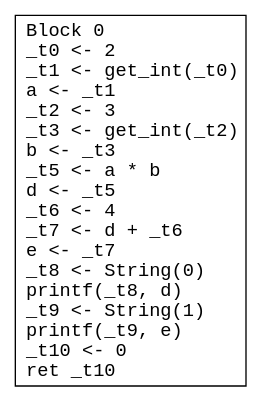
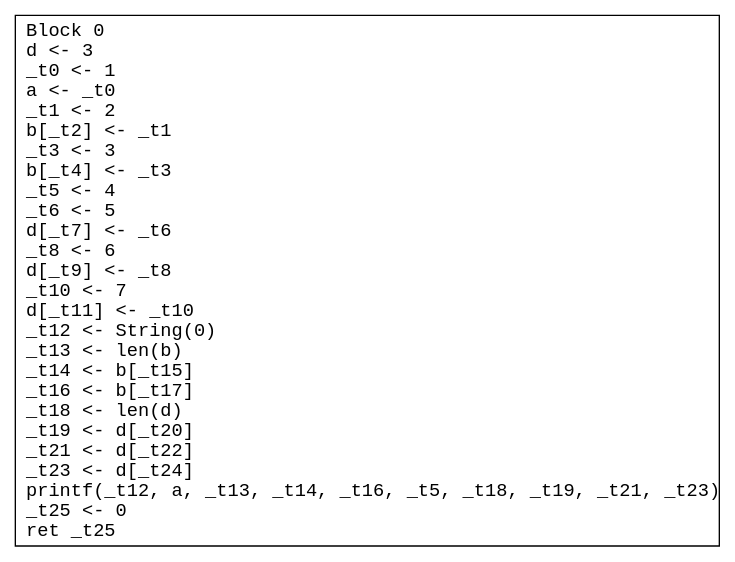
The diagram in main.dot (seanchuck/compiler-s25), drawn with Graphviz before and after one commit. The commit also changed 19 other files, not shown here.

```diff
--- a/main.dot
+++ b/main.dot
@@ -1,4 +1,4 @@
 digraph CFG {
   node [shape=box fontname="monospace"];
-  0 [label="Block 0\l_t0 <- 2\l_t1 <- get_int(_t0)\la <- _t1\l_t2 <- 3\l_t3 <- get_int(_t2)\lb <- _t3\l_t5 <- a * b\ld <- _t5\l_t6 <- 4\l_t7 <- d + _t6\le <- _t7\l_t8 <- String(0)\lprintf(_t8, d)\l_t9 <- String(1)\lprintf(_t9, e)\l_t10 <- 0\lret _t10\l"];
+  0 [label="Block 0\ld <- 3\l_t0 <- 1\la <- _t0\l_t1 <- 2\lb[_t2] <- _t1\l_t3 <- 3\lb[_t4] <- _t3\l_t5 <- 4\l_t6 <- 5\ld[_t7] <- _t6\l_t8 <- 6\ld[_t9] <- _t8\l_t10 <- 7\ld[_t11] <- _t10\l_t12 <- String(0)\l_t13 <- len(b)\l_t14 <- b[_t15]\l_t16 <- b[_t17]\l_t18 <- len(d)\l_t19 <- d[_t20]\l_t21 <- d[_t22]\l_t23 <- d[_t24]\lprintf(_t12, a, _t13, _t14, _t16, _t5, _t18, _t19, _t21, _t23)\l_t25 <- 0\lret _t25\l"];
 }
```
